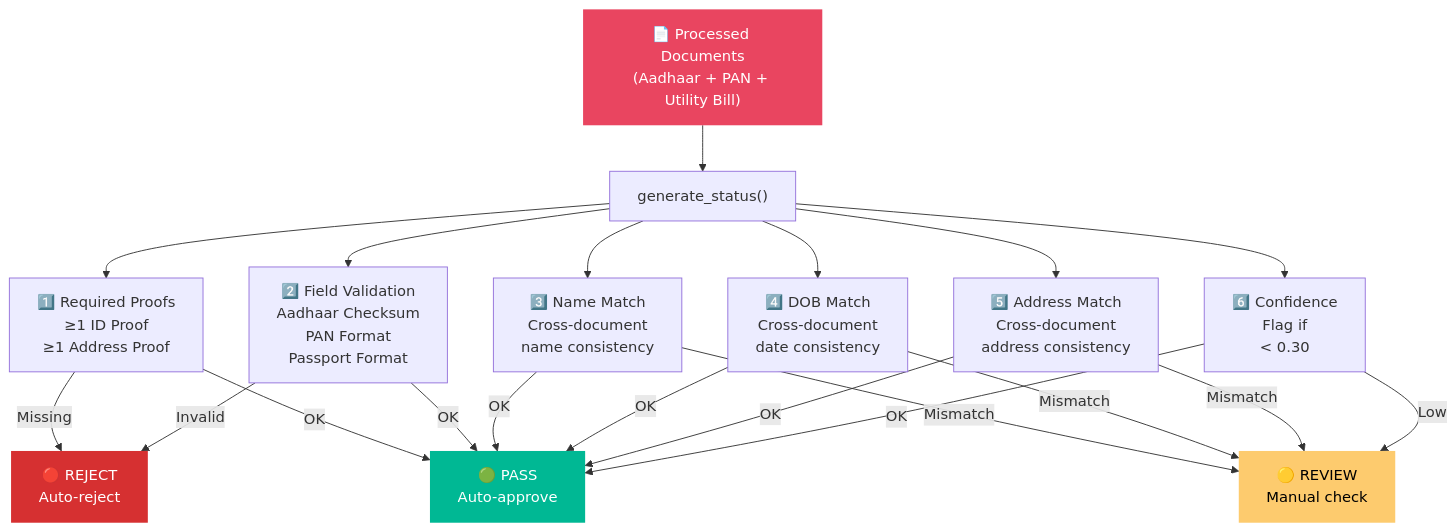
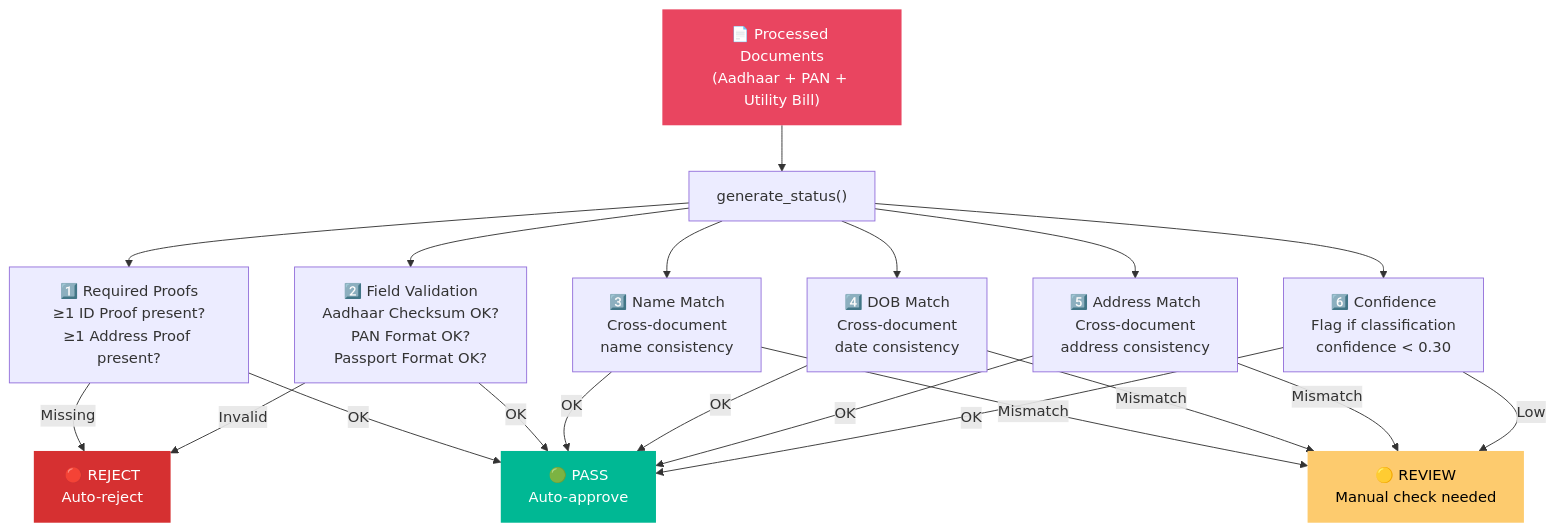
One commit to Sakshisingh-BV/Intellicheck-Docs changed the tenth of 11 diagrams in ARCHITECTURE.md. Above: the diagram before and after it, drawn with Mermaid. The commit also changed other lines of this file, not shown here.

````diff
--- a/ARCHITECTURE.md
+++ b/ARCHITECTURE.md
@@ -429,34 +563,34 @@
 ```mermaid
 graph TB
     DOCS["📄 Processed Documents<br/>(Aadhaar + PAN + Utility Bill)"] --> GS["generate_status()"]
     
-    GS --> C1["1️⃣ Required Proofs<br/>≥1 ID Proof<br/>≥1 Address Proof"]
-    GS --> C2["2️⃣ Field Validation<br/>Aadhaar Checksum<br/>PAN Format<br/>Passport Format"]
+    GS --> C1["1️⃣ Required Proofs<br/>≥1 ID Proof present?<br/>≥1 Address Proof present?"]
+    GS --> C2["2️⃣ Field Validation<br/>Aadhaar Checksum OK?<br/>PAN Format OK?<br/>Passport Format OK?"]
     GS --> C3["3️⃣ Name Match<br/>Cross-document<br/>name consistency"]
     GS --> C4["4️⃣ DOB Match<br/>Cross-document<br/>date consistency"]
     GS --> C5["5️⃣ Address Match<br/>Cross-document<br/>address consistency"]
-    GS --> C6["6️⃣ Confidence<br/>Flag if<br/>&lt; 0.30"]
+    GS --> C6["6️⃣ Confidence<br/>Flag if classification<br/>confidence < 0.30"]
 
     C1 -->|Missing| REJ
     C2 -->|Invalid| REJ
     C3 -->|Mismatch| REV
     C4 -->|Mismatch| REV
     C5 -->|Mismatch| REV
     C6 -->|Low| REV
     
     C1 -->|OK| PASS2
     C2 -->|OK| PASS2
     C3 -->|OK| PASS2
     C4 -->|OK| PASS2
     C5 -->|OK| PASS2
     C6 -->|OK| PASS2
 
     REJ["🔴 REJECT<br/>Auto-reject"]
-    REV["🟡 REVIEW<br/>Manual check"]
+    REV["🟡 REVIEW<br/>Manual check needed"]
     PASS2["🟢 PASS<br/>Auto-approve"]
 
     style DOCS fill:#e94560,color:#fff,stroke:none
     style REJ fill:#d63031,color:#fff,stroke:none,stroke-width:2px
     style REV fill:#fdcb6e,color:#000,stroke:none,stroke-width:2px
     style PASS2 fill:#00b894,color:#fff,stroke:none,stroke-width:2px
 ```
````
